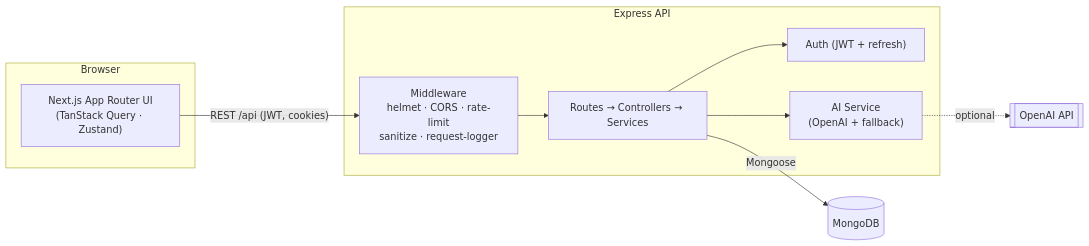
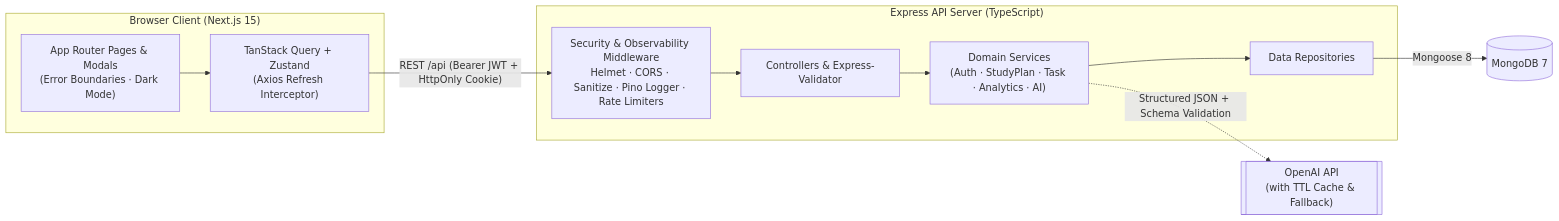
Before and after one commit to assishmoncs/ai-study-planner: the diagram in README.md, drawn with Mermaid. The commit also changed other lines of this file and 52 other files, not shown here.

Commit message:
feat: upgrade architecture, AI validation & fallbacks, full-stack UX, and docs

````diff
--- a/README.md
+++ b/README.md
@@ -41,22 +37,23 @@
 ```mermaid
 flowchart LR
-  subgraph Client["Browser"]
-    UI["Next.js App Router UI<br/>(TanStack Query · Zustand)"]
+  subgraph Client["Browser Client (Next.js 15)"]
+    UI["App Router Pages & Modals<br/>(Error Boundaries · Dark Mode)"]
+    STATE["TanStack Query + Zustand<br/>(Axios Refresh Interceptor)"]
+    UI --> STATE
   end
 
-  subgraph Server["Express API"]
-    MW["Middleware<br/>helmet · CORS · rate-limit<br/>sanitize · request-logger"]
-    RT["Routes → Controllers → Services"]
-    AUTH["Auth (JWT + refresh)"]
-    AI["AI Service<br/>(OpenAI + fallback)"]
+  subgraph Server["Express API Server (TypeScript)"]
+    MW["Security & Observability Middleware<br/>Helmet · CORS · Sanitize · Pino Logger · Rate Limiters"]
+    CTRL["Controllers & Express-Validator"]
+    SVC["Domain Services<br/>(Auth · StudyPlan · Task · Analytics · AI)"]
+    REPO["Data Repositories"]
+    MW --> CTRL --> SVC --> REPO
   end
 
-  DB[("MongoDB")]
-  OPENAI[["OpenAI API"]]
+  DB[("MongoDB 7")]
+  OPENAI[["OpenAI API<br/>(with TTL Cache & Fallback)"]]
 
-  UI -->|"REST /api (JWT, cookies)"| MW --> RT
-  RT --> AUTH
-  RT --> AI
-  RT -->|Mongoose| DB
-  AI -.optional.-> OPENAI
+  STATE -->|"REST /api (Bearer JWT + HttpOnly Cookie)"| MW
+  REPO -->|"Mongoose 8"| DB
+  SVC -.->|"Structured JSON + Schema Validation"| OPENAI
 ```
````
